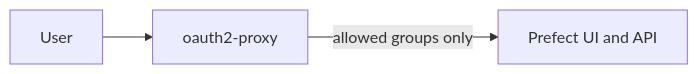
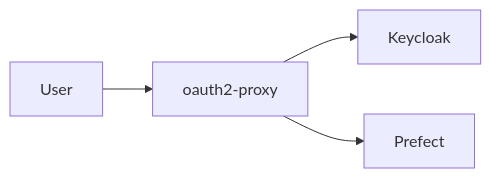
One commit to sanger-pathogens/dlh-in-a-box-umbrella-helm-chart changed the third of 5 diagrams in docs/auth-architecture.md. Above: the diagram before and after it, drawn with Mermaid. The commit also changed other lines of this file and 54 other files, not shown here.

````diff
--- a/docs/auth-architecture.md
+++ b/docs/auth-architecture.md
@@ -120,5 +134,6 @@
 ```mermaid
 flowchart LR
   User[User] --> Proxy[oauth2-proxy]
-  Proxy -->|allowed groups only| Prefect[Prefect UI and API]
+  Proxy --> Keycloak[Keycloak]
+  Proxy --> Prefect[Prefect]
 ```
````
